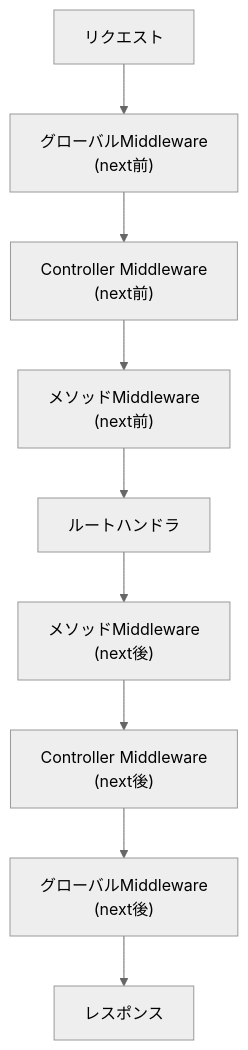
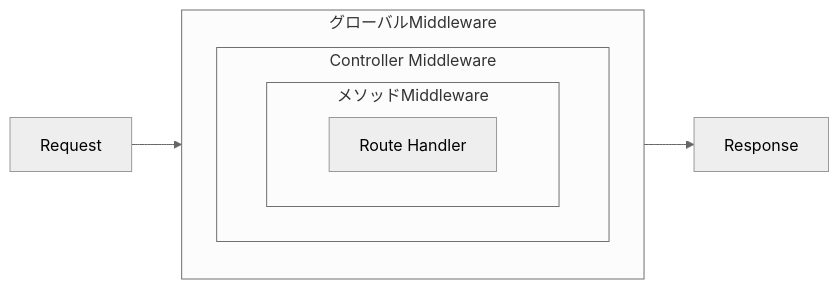
Before and after one commit to zeltjs/zelt: the diagram in website/i18n/ja/docusaurus-plugin-content-docs/current/middleware.md, drawn with Mermaid (neutral theme). The commit also changed 7 other files, not shown here.

First line of the commit message:
docs(website): redesign remaining diagrams for reader-facing clarity

````diff
--- a/website/i18n/ja/docusaurus-plugin-content-docs/current/middleware.md
+++ b/website/i18n/ja/docusaurus-plugin-content-docs/current/middleware.md
@@ -292,11 +292,12 @@
 ```mermaid
-flowchart TD
-  REQ["リクエスト"] --> GB["グローバルMiddleware<br/>(next前)"]
-  GB --> CB["Controller Middleware<br/>(next前)"]
-  CB --> MB["メソッドMiddleware<br/>(next前)"]
-  MB --> RH["ルートハンドラ"]
-  RH --> MA["メソッドMiddleware<br/>(next後)"]
-  MA --> CA["Controller Middleware<br/>(next後)"]
-  CA --> GA["グローバルMiddleware<br/>(next後)"]
-  GA --> RES["レスポンス"]
+flowchart LR
+  REQ["Request"] --> G
+  subgraph G["グローバルMiddleware"]
+    subgraph C["Controller Middleware"]
+      subgraph M["メソッドMiddleware"]
+        RH["Route Handler"]
+      end
+    end
+  end
+  G --> RES["Response"]
 ```
````
